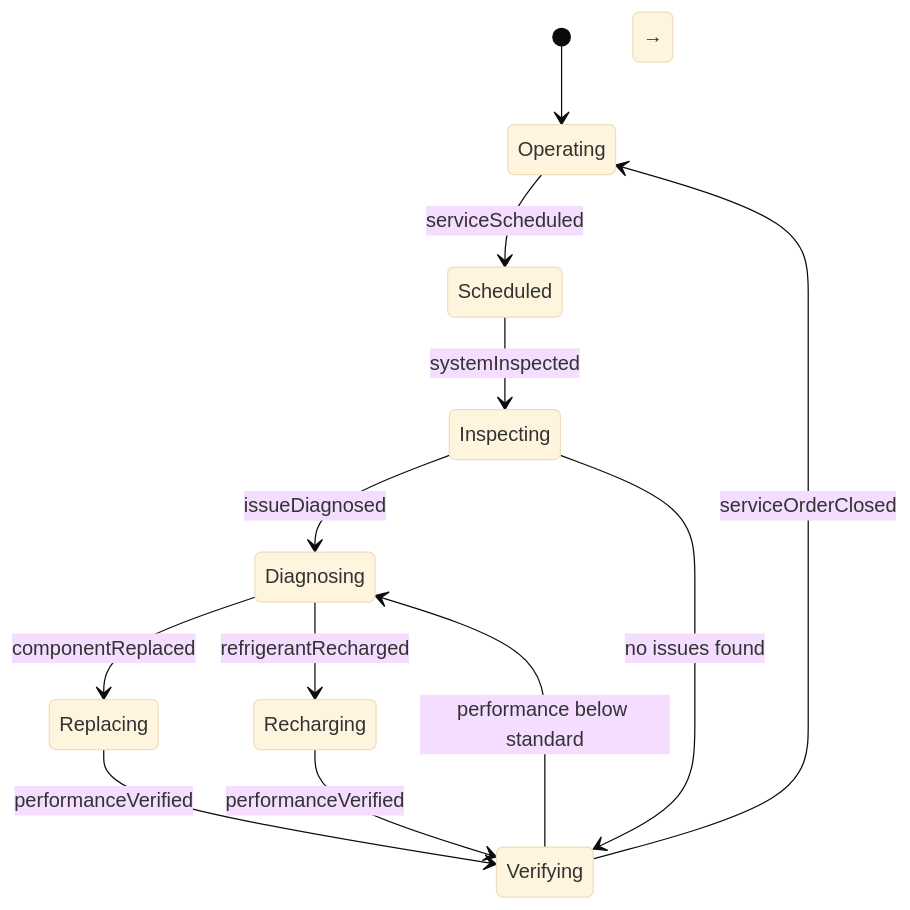
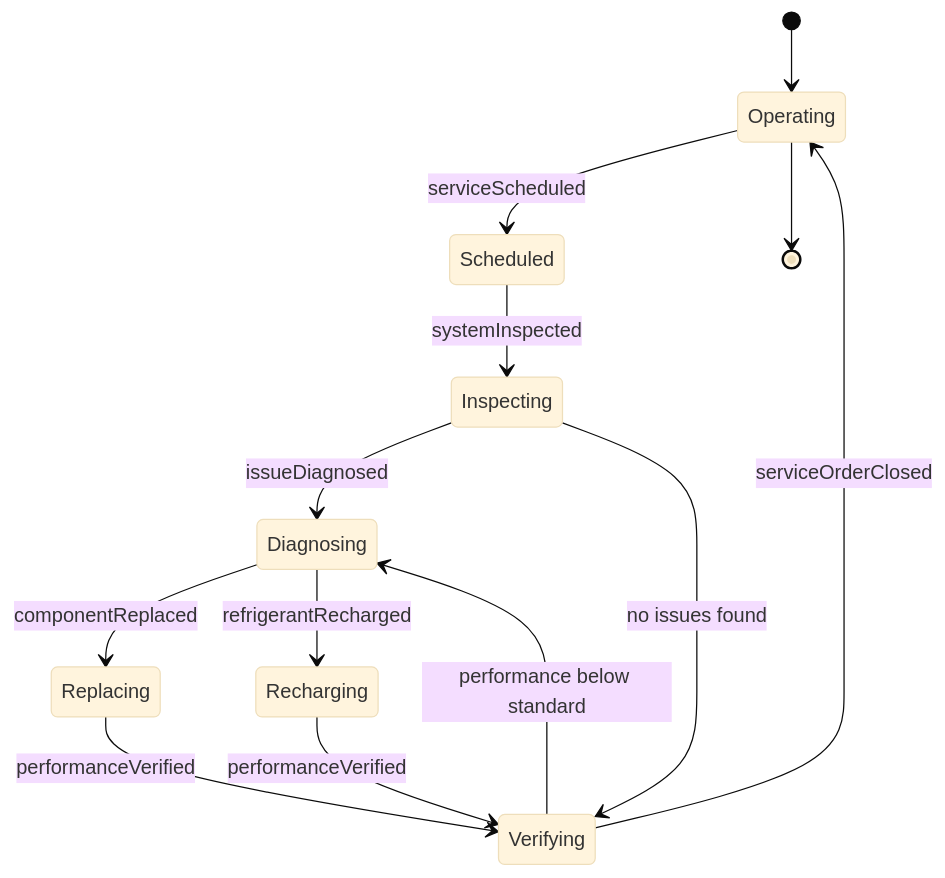
One commit to dot-org-ai/tasks.org.ai changed the second of 4 diagrams in RepairingAndMaintainingMechanicalEquipment/MaintainFacilitiesOrEquipment/ServiceHeatingVentilationAir-conditioning(hvac).mdx. Above: the diagram before and after it, drawn with Mermaid (base theme). The commit also changed 515 other files, not shown here.

````diff
--- a/RepairingAndMaintainingMechanicalEquipment/MaintainFacilitiesOrEquipment/ServiceHeatingVentilationAir-conditioning(hvac).mdx
+++ b/RepairingAndMaintainingMechanicalEquipment/MaintainFacilitiesOrEquipment/ServiceHeatingVentilationAir-conditioning(hvac).mdx
@@ -99,15 +99,15 @@
 ```mermaid
 stateDiagram-v2
     [*] --> Operating
     Operating --> Scheduled : serviceScheduled
     Scheduled --> Inspecting : systemInspected
     Inspecting --> Diagnosing : issueDiagnosed
     Inspecting --> Verifying : no issues found
     Diagnosing --> Replacing : componentReplaced
     Diagnosing --> Recharging : refrigerantRecharged
     Replacing --> Verifying : performanceVerified
     Recharging --> Verifying : performanceVerified
     Verifying --> Operating : serviceOrderClosed
     Verifying --> Diagnosing : performance below standard
-    Operating → [*]
+    Operating --> [*]
 ```
````
